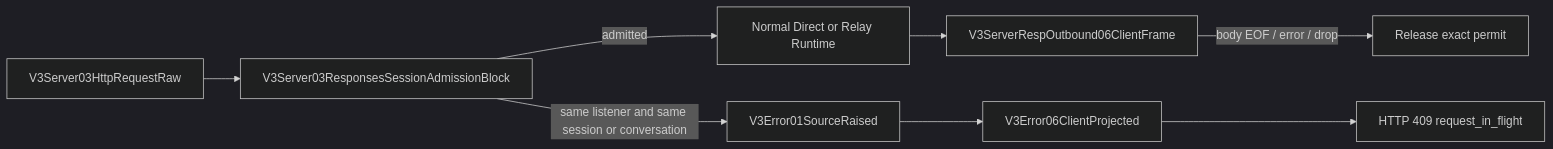
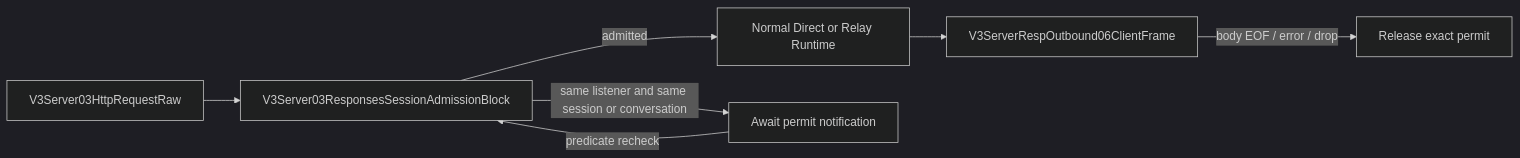
One commit to Jasonzhangf/routecodex changed the diagram in docs/architecture/wiki/v3-responses-session-admission.md. Above: the diagram before and after it, drawn with Mermaid (dark theme). The commit also changed other lines of this file and 15 other files, not shown here.

````diff
--- a/docs/architecture/wiki/v3-responses-session-admission.md
+++ b/docs/architecture/wiki/v3-responses-session-admission.md
@@ -13,10 +13,9 @@
 ```mermaid
 flowchart LR
   R[V3Server03HttpRequestRaw] --> A[V3Server03ResponsesSessionAdmissionBlock]
   A -->|admitted| P[Normal Direct or Relay Runtime]
   P --> O[V3ServerRespOutbound06ClientFrame]
   O -->|body EOF / error / drop| X[Release exact permit]
-  A -->|same listener and same session or conversation| E[V3Error01SourceRaised]
-  E --> E6[V3Error06ClientProjected]
-  E6 --> C[HTTP 409 request_in_flight]
+  A -->|same listener and same session or conversation| W[Await permit notification]
+  W -->|predicate recheck| A
 ```
````
